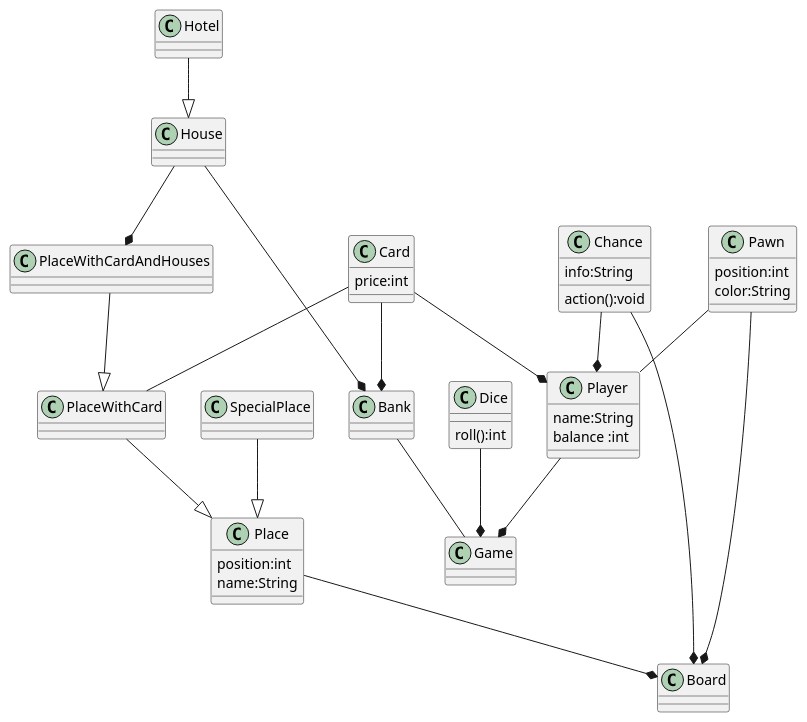
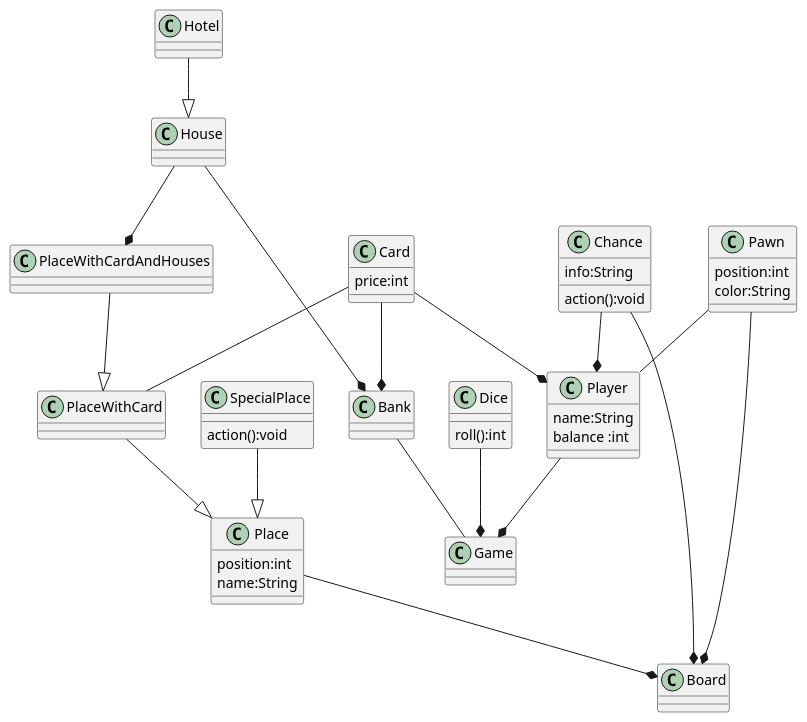
One commit to kpodlaski/ProjObj2019 changed the diagram in zaoczne/gr2/monopoly/class_diagram.plantuml. Above: the diagram before and after it, drawn with PlantUML. The commit also changed 1 other file, not shown here.

```diff
--- a/zaoczne/gr2/monopoly/class_diagram.plantuml
+++ b/zaoczne/gr2/monopoly/class_diagram.plantuml
@@ -1,53 +1,55 @@
 @startuml
 
 class Game{}
 class Player{
     name:String
     balance :int
 }
 class Bank{}
 class Board{}
 class Place{
     position:int
     name:String
 }
 class Pawn{
     position:int
     color:String
 }
 class Dice{
     roll():int
 }
 class Card{
     price:int
 }
 class Chance{
     info:String
     action():void
 }
 class House{}
 class Hotel{}
 class PlaceWithCard{}
 class PlaceWithCardAndHouses{}
-class SpecialPlace{}
+class SpecialPlace{
+    action():void
+}
 
 
 Player --* Game
 Pawn -- Player
 Pawn --* Board
 Dice --* Game
 Bank -- Game
 Place --* Board
 Card -- PlaceWithCard
 Chance --* Board
 Card --* Player
 Card --* Bank
 Chance --* Player 
 House --* Bank
 House --* PlaceWithCardAndHouses
 Hotel --|> House
 PlaceWithCard --|> Place
 PlaceWithCardAndHouses --|> PlaceWithCard
 SpecialPlace --|>Place
 
 @enduml
```
